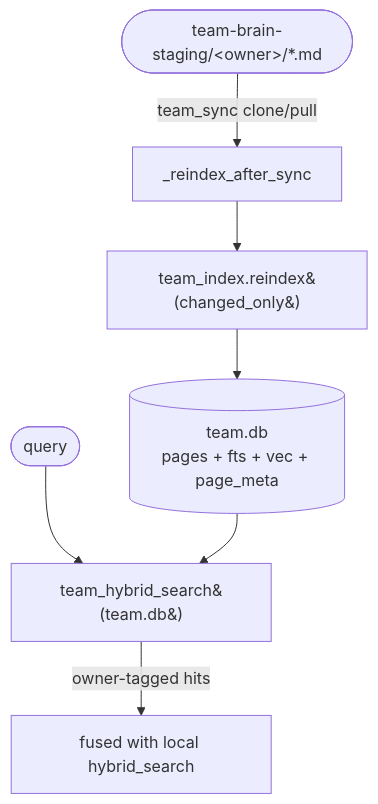
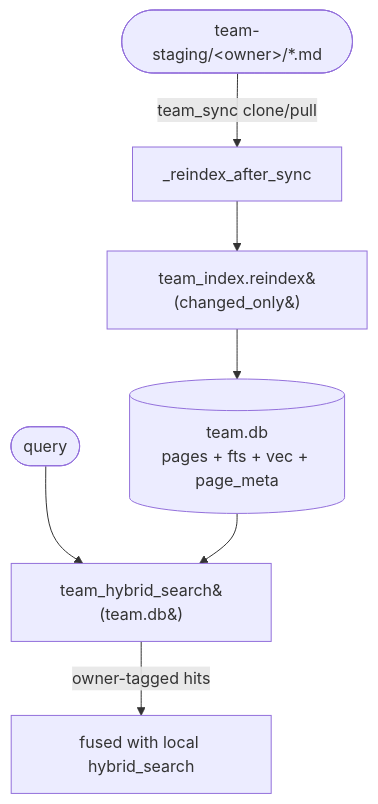
The sixth of 6 diagrams in docs/PIPELINES.md (randyren278/hera), drawn with Mermaid before and after one commit. The commit also changed other lines of this file and 125 other files, not shown here.

````diff
--- a/docs/PIPELINES.md
+++ b/docs/PIPELINES.md
@@ -234,9 +234,9 @@
 ```mermaid
 flowchart TD
-  A(["team-brain-staging/&lt;owner&gt;/*.md"]) -->|team_sync clone/pull| B["_reindex_after_sync"]
+  A(["team-staging/&lt;owner&gt;/*.md"]) -->|team_sync clone/pull| B["_reindex_after_sync"]
   B --> C["team_index.reindex&#40;changed_only&#41;"]
   C --> D[("team.db<br>pages + fts + vec + page_meta")]
   Q(["query"]) --> E["team_hybrid_search&#40;team.db&#41;"]
   D --> E
   E -->|owner-tagged hits| F["fused with local hybrid_search"]
 ```
````
